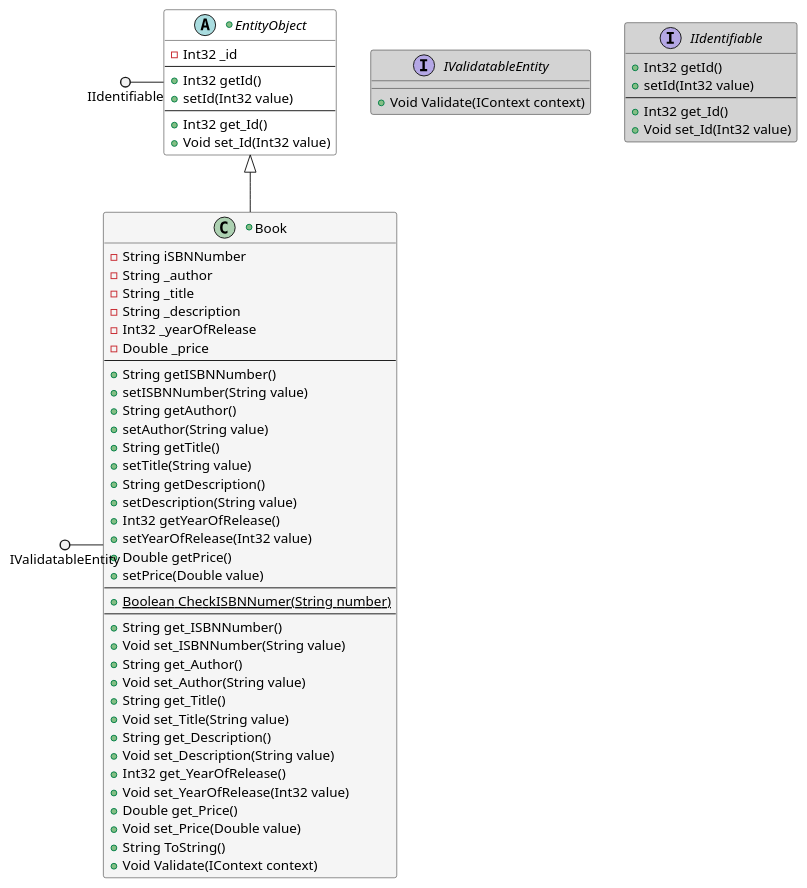
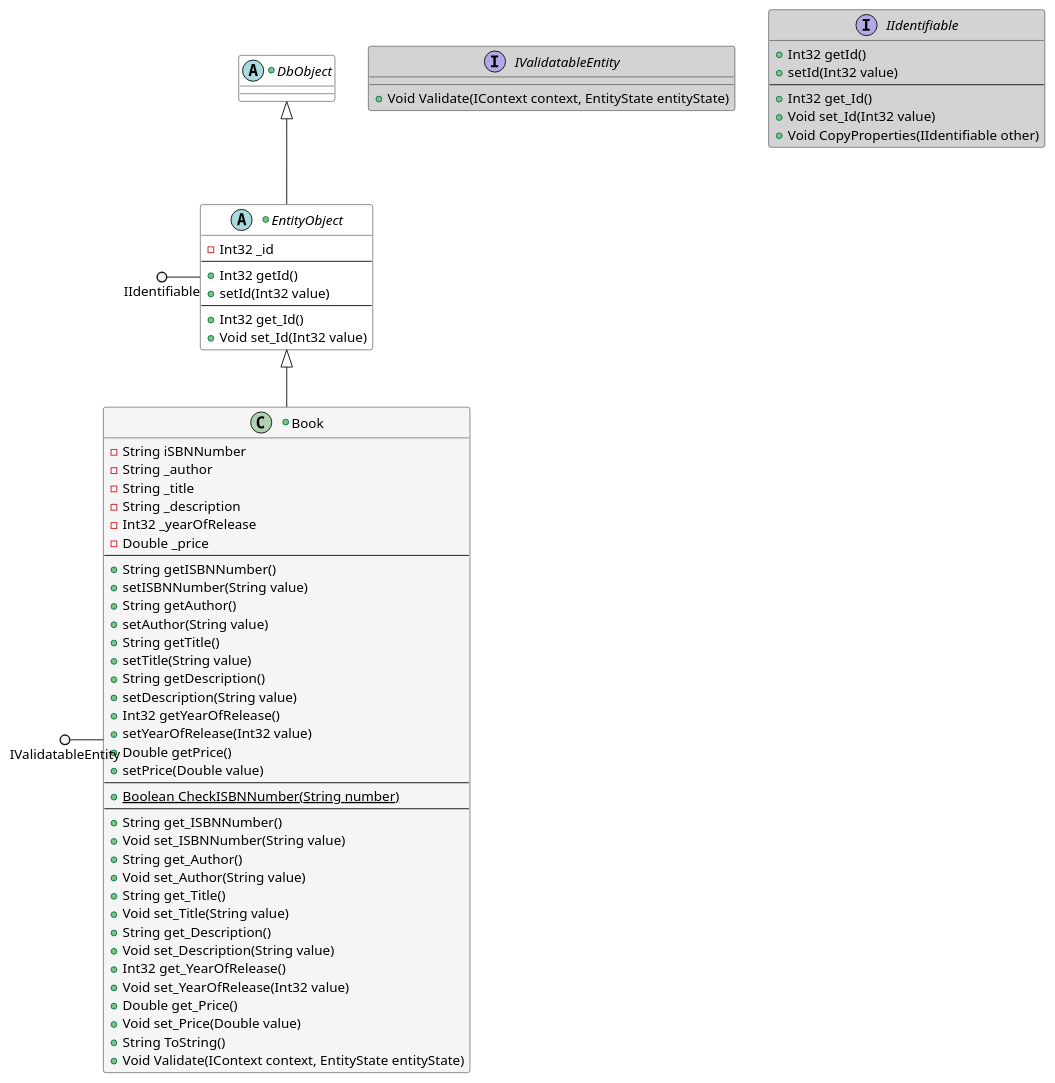
Before and after one commit to leoggehrer/SEBookStore: the diagram in Diagrams/Entities/Book.puml, drawn with PlantUML. The commit also changed 113 other files, not shown here.

```diff
--- a/Diagrams/Entities/Book.puml
+++ b/Diagrams/Entities/Book.puml
@@ -2,62 +2,66 @@
 @startuml SEBookStore.Logic.Entities.Book
 +class Book #whitesmoke {
     - String iSBNNumber
     - String _author
     - String _title
     - String _description
     - Int32 _yearOfRelease
     - Double _price
     ---
      + String getISBNNumber()
      + setISBNNumber(String value)
      + String getAuthor()
      + setAuthor(String value)
      + String getTitle()
      + setTitle(String value)
      + String getDescription()
      + setDescription(String value)
      + Int32 getYearOfRelease()
      + setYearOfRelease(Int32 value)
      + Double getPrice()
      + setPrice(Double value)
     ---
-    + {static}Boolean CheckISBNNumer(String number)
+    + {static}Boolean CheckISBNNumber(String number)
     ---
     + String get_ISBNNumber()
     + Void set_ISBNNumber(String value)
     + String get_Author()
     + Void set_Author(String value)
     + String get_Title()
     + Void set_Title(String value)
     + String get_Description()
     + Void set_Description(String value)
     + Int32 get_YearOfRelease()
     + Void set_YearOfRelease(Int32 value)
     + Double get_Price()
     + Void set_Price(Double value)
     + String ToString()
-    + Void Validate(IContext context)
+    + Void Validate(IContext context, EntityState entityState)
 }
 +abstract class EntityObject #white {
     - Int32 _id
     ---
      + Int32 getId()
      + setId(Int32 value)
     ---
     + Int32 get_Id()
     + Void set_Id(Int32 value)
 }
++abstract class DbObject #white {
+}
 interface IValidatableEntity #lightgrey {
-    + Void Validate(IContext context)
+    + Void Validate(IContext context, EntityState entityState)
 }
 interface IIdentifiable #lightgrey {
      + Int32 getId()
      + setId(Int32 value)
     ---
     + Int32 get_Id()
     + Void set_Id(Int32 value)
+    + Void CopyProperties(IIdentifiable other)
 }
 EntityObject <|-- Book
+DbObject <|-- EntityObject
 IValidatableEntity ()- Book
 IIdentifiable ()- EntityObject
 @enduml
```
